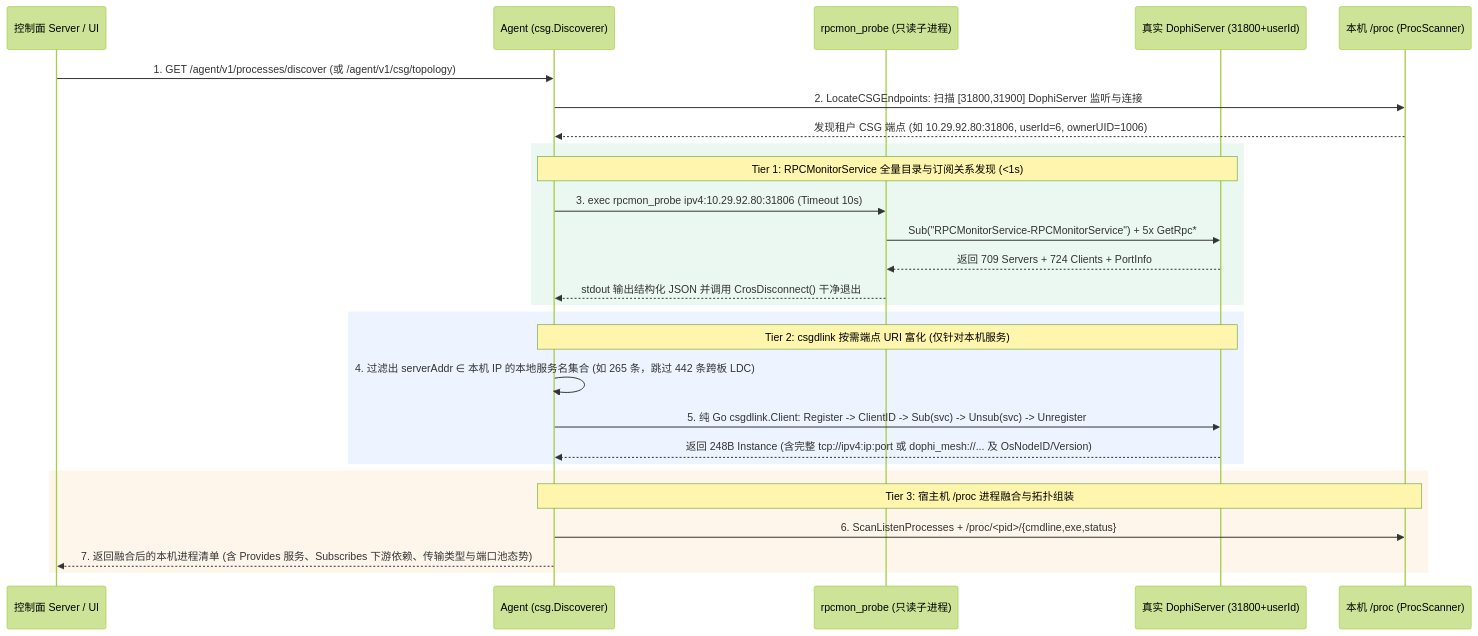
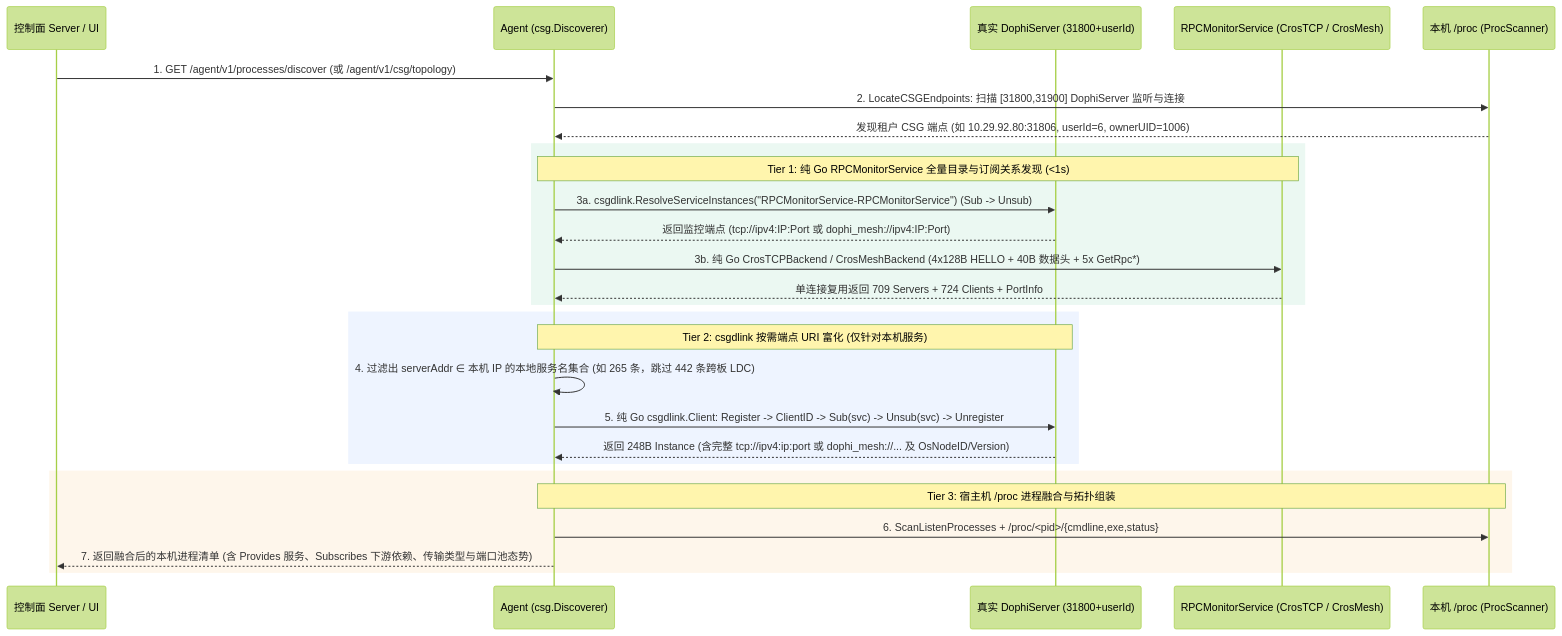
Before and after one commit to fugui/code-contract: the second of 3 diagrams in docs/05-adr/21-csg-aware-agent-service-discovery-and-replay-mock-adr.md, drawn with Mermaid (forest theme). The commit also changed other lines of this file and 18 other files, not shown here.

Commit message:
fix(csg,docs): 修复 TCP->Mesh 监控发现回退逻辑并全面对齐纯 Go 架构文档

````diff
--- a/docs/05-adr/21-csg-aware-agent-service-discovery-and-replay-mock-adr.md
+++ b/docs/05-adr/21-csg-aware-agent-service-discovery-and-replay-mock-adr.md
@@ -284,33 +285,33 @@
 ```mermaid
 sequenceDiagram
     participant UI as 控制面 Server / UI
     participant Ag as Agent (csg.Discoverer)
-    participant Probe as rpcmon_probe (只读子进程)
     participant CSG as 真实 DophiServer (31800+userId)
+    participant Mon as RPCMonitorService (CrosTCP / CrosMesh)
     participant Proc as 本机 /proc (ProcScanner)
 
     UI->>Ag: 1. GET /agent/v1/processes/discover (或 /agent/v1/csg/topology)
     Ag->>Proc: 2. LocateCSGEndpoints: 扫描 [31800,31900] DophiServer 监听与连接
     Proc-->>Ag: 发现租户 CSG 端点 (如 10.29.92.80:31806, userId=6, ownerUID=1006)
     
     rect rgb(235, 248, 242)
-        Note over Ag,CSG: Tier 1: RPCMonitorService 全量目录与订阅关系发现 (<1s)
-        Ag->>Probe: 3. exec rpcmon_probe ipv4:10.29.92.80:31806 (Timeout 10s)
-        Probe->>CSG: Sub("RPCMonitorService-RPCMonitorService") + 5x GetRpc*
-        CSG-->>Probe: 返回 709 Servers + 724 Clients + PortInfo
-        Probe-->>Ag: stdout 输出结构化 JSON 并调用 CrosDisconnect() 干净退出
+        Note over Ag,Mon: Tier 1: 纯 Go RPCMonitorService 全量目录与订阅关系发现 (<1s)
+        Ag->>CSG: 3a. csgdlink.ResolveServiceInstances("RPCMonitorService-RPCMonitorService") (Sub -> Unsub)
+        CSG-->>Ag: 返回监控端点 (tcp://ipv4:IP:Port 或 dophi_mesh://ipv4:IP:Port)
+        Ag->>Mon: 3b. 纯 Go CrosTCPBackend / CrosMeshBackend (4x128B HELLO + 40B 数据头 + 5x GetRpc*)
+        Mon-->>Ag: 单连接复用返回 709 Servers + 724 Clients + PortInfo
     end
 
     rect rgb(238, 244, 255)
         Note over Ag,CSG: Tier 2: csgdlink 按需端点 URI 富化 (仅针对本机服务)
         Ag->>Ag: 4. 过滤出 serverAddr ∈ 本机 IP 的本地服务名集合 (如 265 条，跳过 442 条跨板 LDC)
         Ag->>CSG: 5. 纯 Go csgdlink.Client: Register -> ClientID -> Sub(svc) -> Unsub(svc) -> Unregister
         CSG-->>Ag: 返回 248B Instance (含完整 tcp://ipv4:ip:port 或 dophi_mesh://... 及 OsNodeID/Version)
     end
 
     rect rgb(254, 246, 235)
         Note over Ag,Proc: Tier 3: 宿主机 /proc 进程融合与拓扑组装
         Ag->>Proc: 6. ScanListenProcesses + /proc/<pid>/{cmdline,exe,status}
         Ag-->>UI: 7. 返回融合后的本机进程清单 (含 Provides 服务、Subscribes 下游依赖、传输类型与端口池态势)
     end
 ```
````
